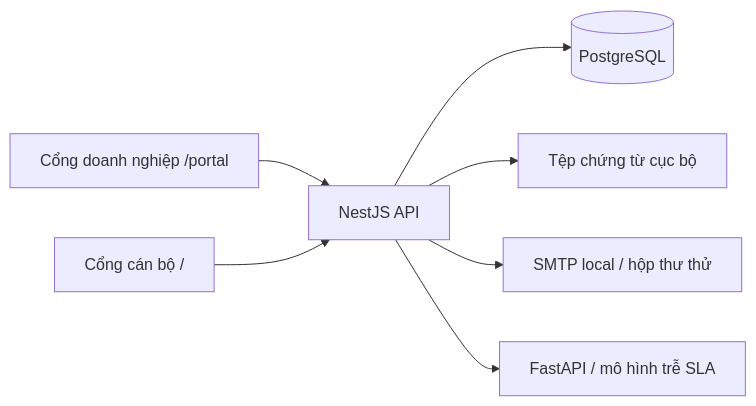
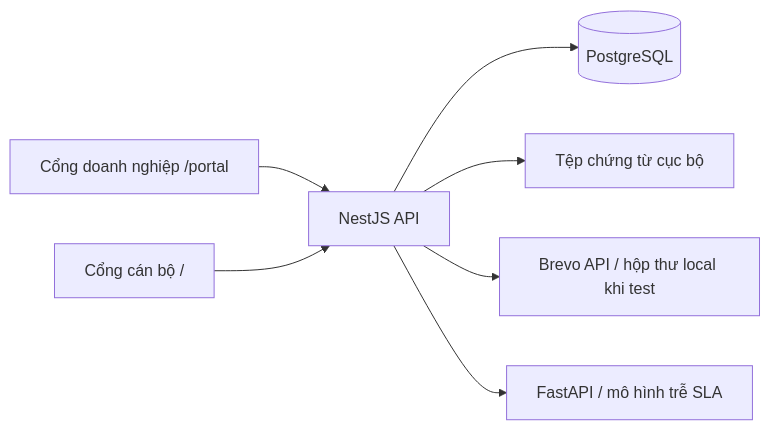
The diagram in docs/SME_KY_THUAT.md (yenhile/SME_SYSTEM), drawn with Mermaid before and after one commit. The commit also changed other lines of this file and 35 other files, not shown here.

````diff
--- a/docs/SME_KY_THUAT.md
+++ b/docs/SME_KY_THUAT.md
@@ -8,9 +8,9 @@
 ```mermaid
 flowchart LR
   DN[Cổng doanh nghiệp /portal] --> API[NestJS API]
   STAFF[Cổng cán bộ /] --> API
   API --> DB[(PostgreSQL)]
   API --> FILES[Tệp chứng từ cục bộ]
-  API --> MAIL[SMTP local / hộp thư thử]
+  API --> MAIL[Brevo API / hộp thư local khi test]
   API --> ML[FastAPI / mô hình trễ SLA]
 ```
````
